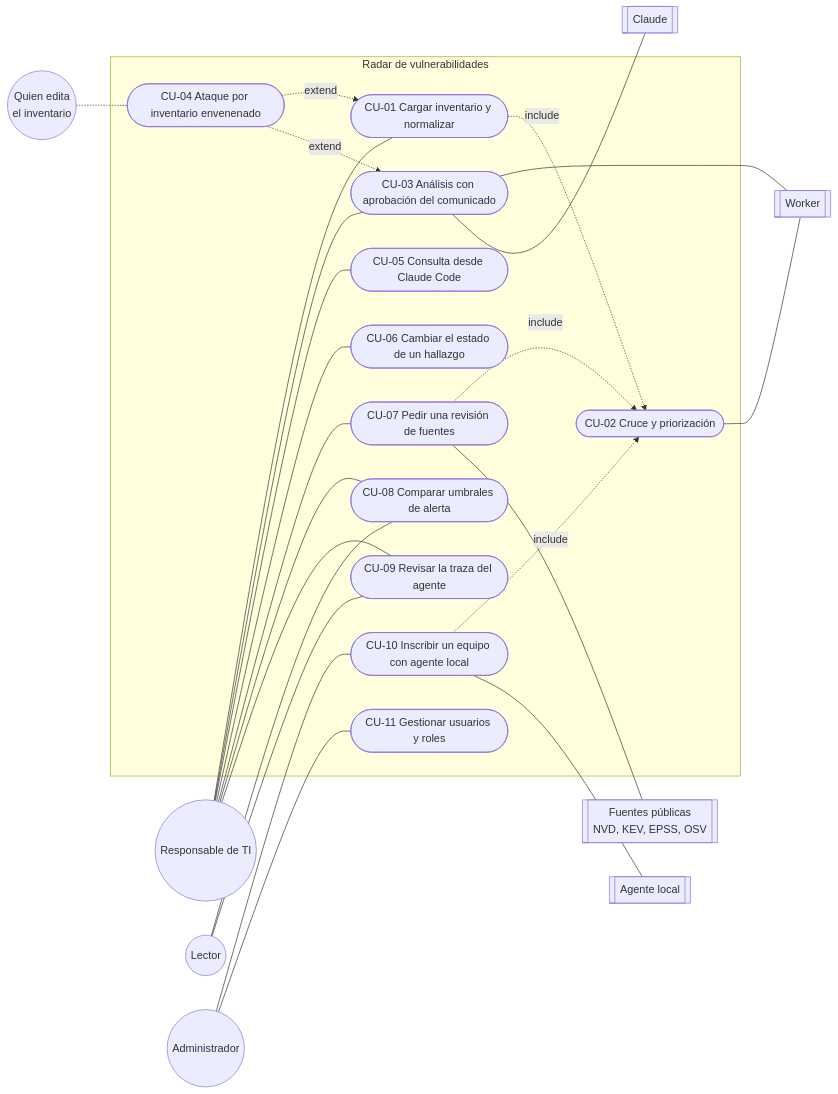
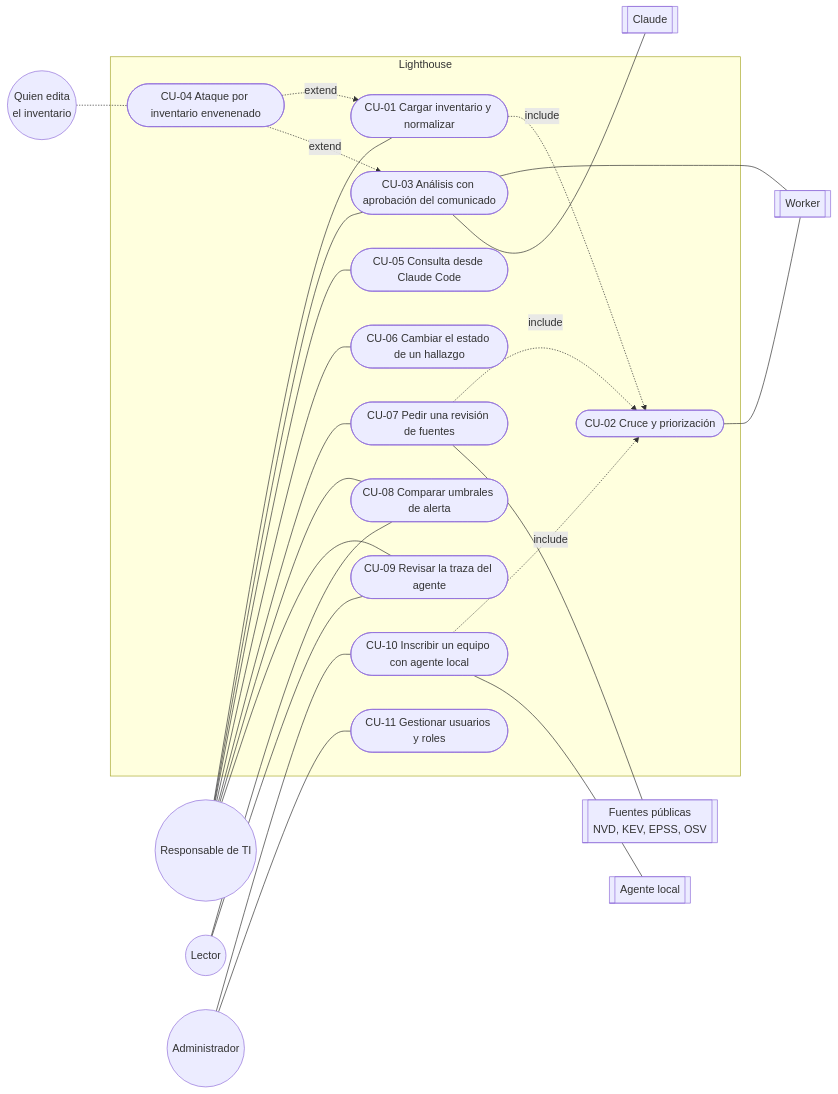
The diagram in docs/casos-de-uso.md (mikerb95/hackaton-DefAcc), drawn with Mermaid before and after one commit. The commit also changed 15 other files, not shown here.

Commit message:
feat: rename 'Radar de vulnerabilidades' to 'Lighthouse' across multiple files

````diff
--- a/docs/casos-de-uso.md
+++ b/docs/casos-de-uso.md
@@ -38,51 +38,51 @@
 ```mermaid
 flowchart LR
     TI((Responsable de TI))
     LEC((Lector))
     ADM((Administrador))
     ATK((Quien edita<br/>el inventario))
 
-    subgraph Radar["Radar de vulnerabilidades"]
+    subgraph Radar["Lighthouse"]
         CU01([CU-01 Cargar inventario y normalizar])
         CU02([CU-02 Cruce y priorización])
         CU03([CU-03 Análisis con aprobación del comunicado])
         CU04([CU-04 Ataque por inventario envenenado])
         CU05([CU-05 Consulta desde Claude Code])
         CU06([CU-06 Cambiar el estado de un hallazgo])
         CU07([CU-07 Pedir una revisión de fuentes])
         CU08([CU-08 Comparar umbrales de alerta])
         CU09([CU-09 Revisar la traza del agente])
         CU10([CU-10 Inscribir un equipo con agente local])
         CU11([CU-11 Gestionar usuarios y roles])
     end
 
     WRK[[Worker]]
     AGL[[Agente local]]
     FUE[[Fuentes públicas<br/>NVD, KEV, EPSS, OSV]]
     CLA[[Claude]]
 
     TI --- CU01
     TI --- CU03
     TI --- CU05
     TI --- CU06
     TI --- CU07
     TI --- CU08
     TI --- CU09
     LEC --- CU08
     LEC --- CU09
     ADM --- CU10
     ADM --- CU11
     ATK -.- CU04
 
     CU01 -. include .-> CU02
     CU04 -. extend .-> CU01
     CU04 -. extend .-> CU03
     CU07 -. include .-> CU02
     CU10 -. include .-> CU02
 
     CU02 --- WRK
     CU03 --- WRK
     CU07 --- FUE
     CU03 --- CLA
     CU10 --- AGL
 ```
````
